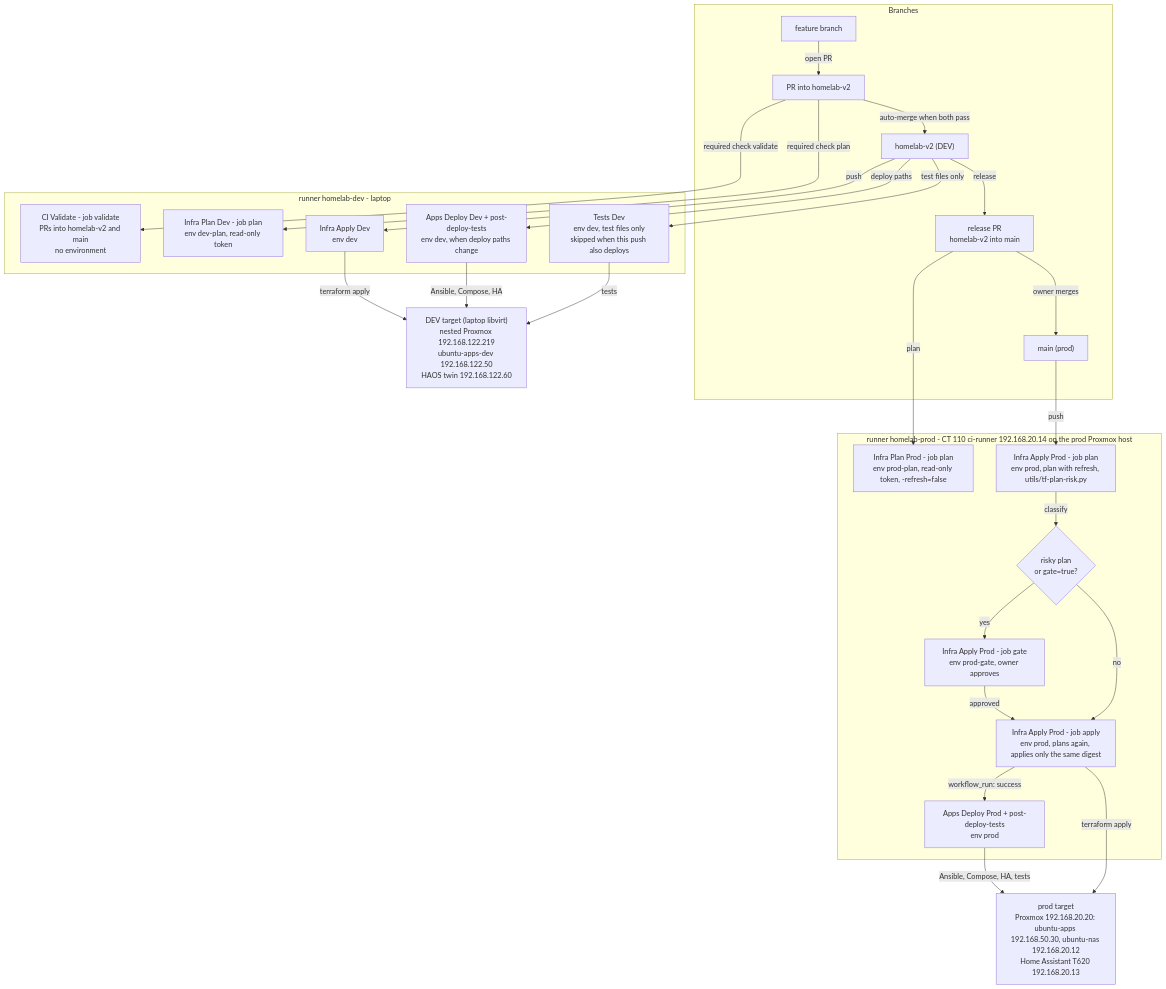
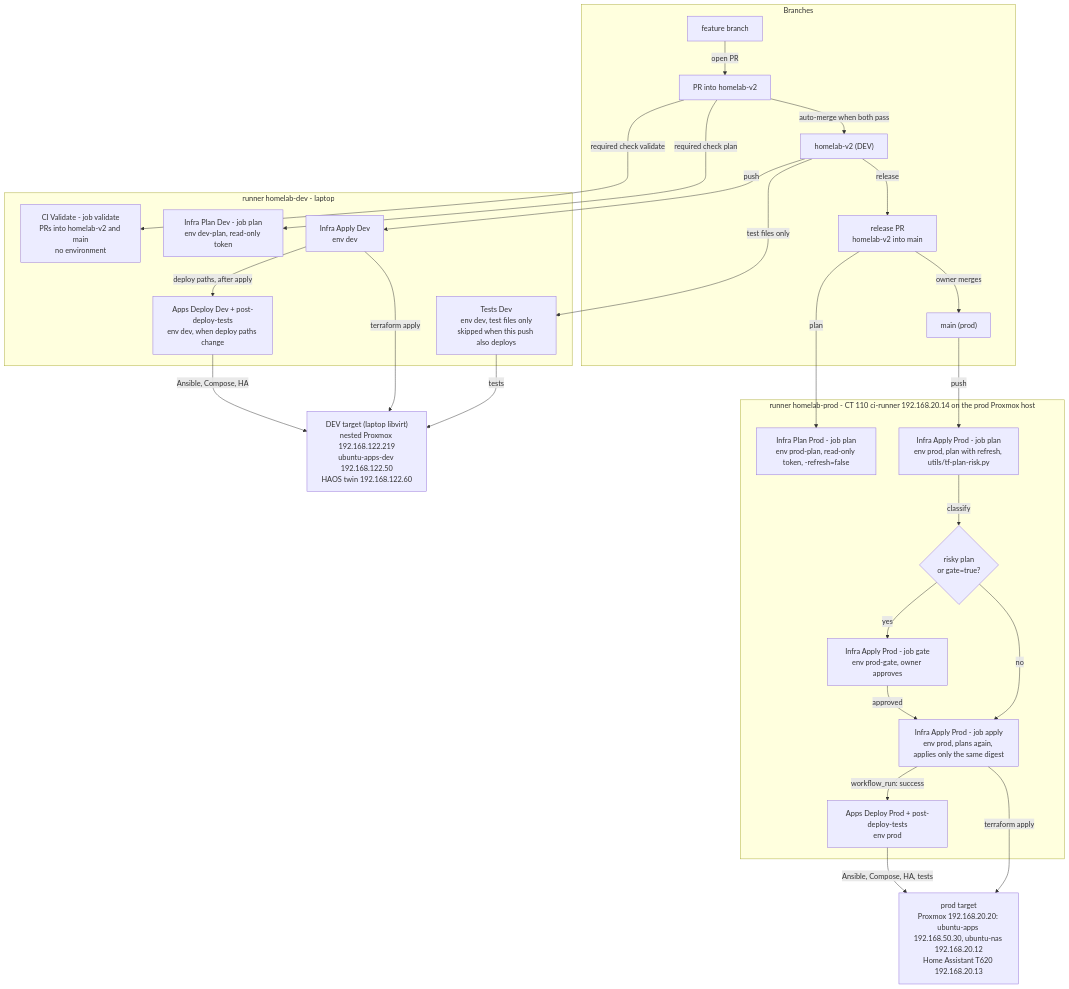
One commit to DaveKadziola/homelab changed the second of 3 diagrams in README.md. Above: the diagram before and after it, drawn with Mermaid. The commit also changed other lines of this file and 4 other files, not shown here.

First line of the commit message:
fix(f1): run the DEV deploy after the apply

````diff
--- a/README.md
+++ b/README.md
@@ -108,48 +109,48 @@
 ```mermaid
 flowchart TB
   devt["DEV target (laptop libvirt)<br/>nested Proxmox 192.168.122.219<br/>ubuntu-apps-dev 192.168.122.50<br/>HAOS twin 192.168.122.60"]
   prodt["prod target<br/>Proxmox 192.168.20.20: ubuntu-apps 192.168.50.30, ubuntu-nas 192.168.20.12<br/>Home Assistant T620 192.168.20.13"]
   subgraph git ["Branches"]
     fb["feature branch"]
     prv2["PR into homelab-v2"]
     v2["homelab-v2 (DEV)"]
     prm["release PR<br/>homelab-v2 into main"]
     main["main (prod)"]
   end
   subgraph rdev ["runner homelab-dev - laptop"]
     val["CI Validate - job validate<br/>PRs into homelab-v2 and main<br/>no environment"]
     pld["Infra Plan Dev - job plan<br/>env dev-plan, read-only token"]
     apd["Infra Apply Dev<br/>env dev"]
     dpd["Apps Deploy Dev + post-deploy-tests<br/>env dev, when deploy paths change"]
     td["Tests Dev<br/>env dev, test files only<br/>skipped when this push also deploys"]
   end
   subgraph rprod ["runner homelab-prod - CT 110 ci-runner 192.168.20.14 on the prod Proxmox host"]
     plp["Infra Plan Prod - job plan<br/>env prod-plan, read-only token, -refresh=false"]
     iap["Infra Apply Prod - job plan<br/>env prod, plan with refresh, utils/tf-plan-risk.py"]
     risk{"risky plan<br/>or gate=true?"}
     gate["Infra Apply Prod - job gate<br/>env prod-gate, owner approves"]
     apply["Infra Apply Prod - job apply<br/>env prod, plans again, applies only the same digest"]
     dpp["Apps Deploy Prod + post-deploy-tests<br/>env prod"]
   end
   fb -->|"open PR"| prv2
   prv2 -->|"required check validate"| val
   prv2 -->|"required check plan"| pld
   prv2 -->|"auto-merge when both pass"| v2
   v2 -->|"push"| apd
-  v2 -->|"deploy paths"| dpd
+  apd -->|"deploy paths, after apply"| dpd
   v2 -->|"test files only"| td
   apd -->|"terraform apply"| devt
   dpd -->|"Ansible, Compose, HA"| devt
   td -->|"tests"| devt
   v2 -->|"release"| prm
   prm -->|"plan"| plp
   prm -->|"owner merges"| main
   main -->|"push"| iap
   iap -->|"classify"| risk
   risk -->|"yes"| gate
   risk -->|"no"| apply
   gate -->|"approved"| apply
   apply -->|"workflow_run: success"| dpp
   apply -->|"terraform apply"| prodt
   dpp -->|"Ansible, Compose, HA, tests"| prodt
 ```
````
